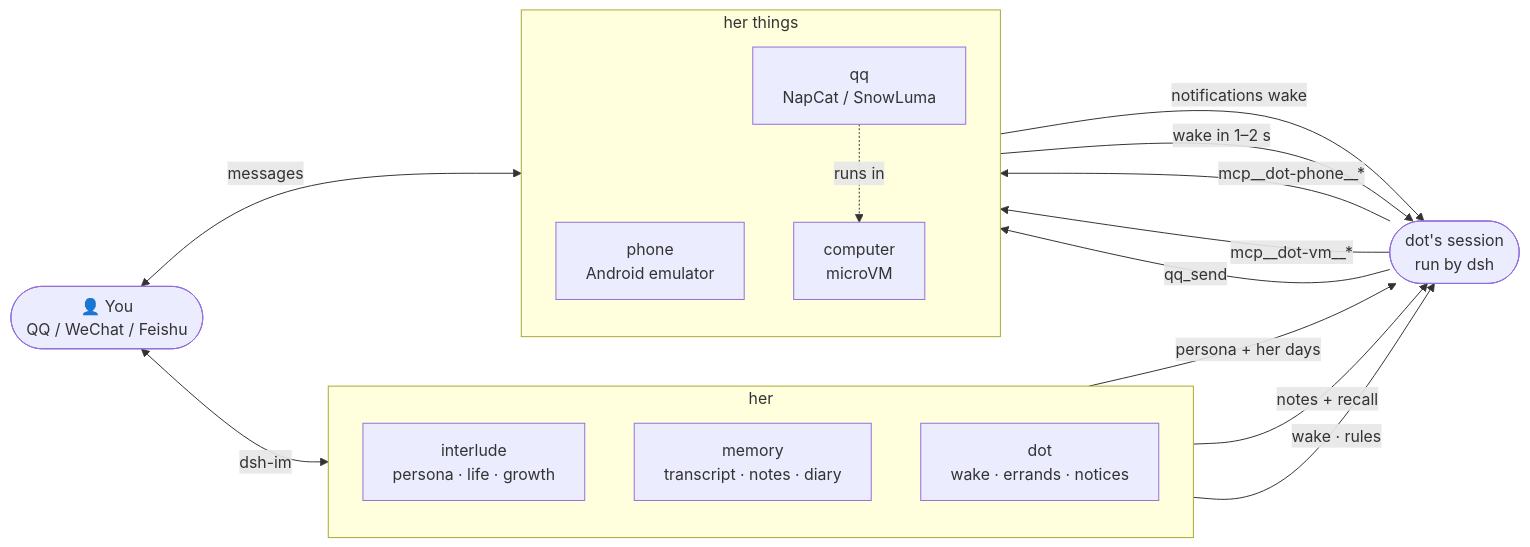
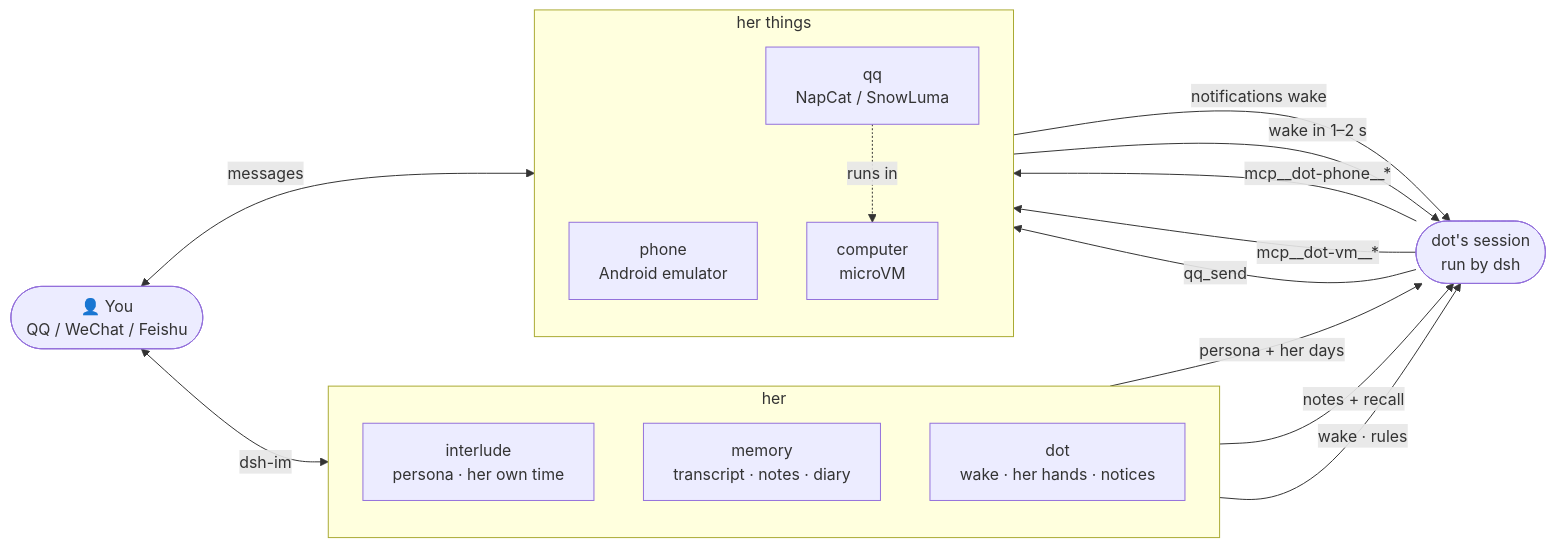
The diagram in README.en.md (Kevinwu901113/dsh-dot), drawn with Mermaid before and after one commit. The commit also changed other lines of this file and 15 other files, not shown here.

````diff
--- a/README.en.md
+++ b/README.en.md
@@ -111,29 +111,29 @@
 ```mermaid
 flowchart LR
     you(["👤 You<br/>QQ / WeChat / Feishu"])
     subgraph self["her"]
         direction TB
-        interlude["interlude<br/>persona · life · growth"]
+        interlude["interlude<br/>persona · her own time"]
         memory["memory<br/>transcript · notes · diary"]
-        contact["dot<br/>wake · errands · notices"]
+        contact["dot<br/>wake · her hands · notices"]
     end
     session(["dot's session<br/>run by dsh"])
     subgraph things["her things"]
         direction TB
         phone["phone<br/>Android emulator"]
         computer["computer<br/>microVM"]
         qq["qq<br/>NapCat / SnowLuma"]
     end
 
     you <-->|messages| qq
     you <-->|dsh-im| contact
     interlude -->|persona + her days| session
     memory -->|notes + recall| session
     contact -->|wake · rules| session
     session -->|mcp__dot-phone__*| phone
     session -->|mcp__dot-vm__*| computer
     session -->|qq_send| qq
     phone -->|notifications wake| session
     qq -->|wake in 1–2 s| session
     qq -.runs in.-> computer
 ```
````
